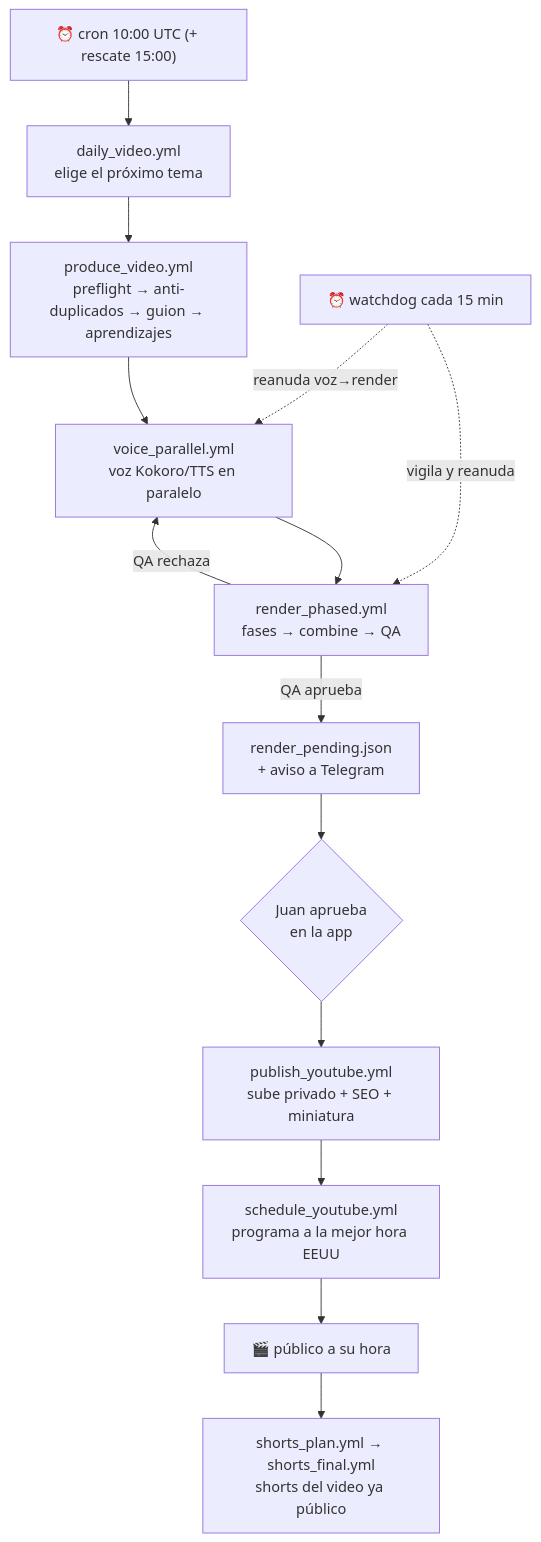
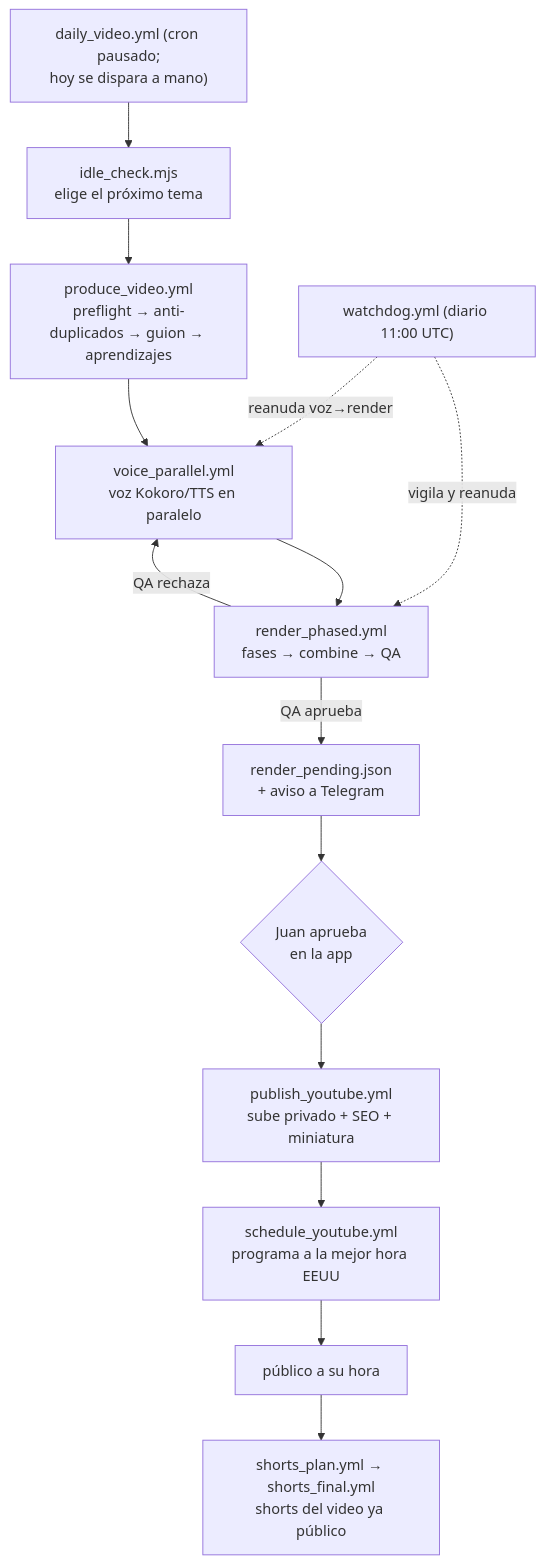
The diagram in docs/ARQUITECTURA.md (juanberrio0399/video-forge), drawn with Mermaid before and after one commit. The commit also changed other lines of this file and 25 other files, not shown here.

````diff
--- a/docs/ARQUITECTURA.md
+++ b/docs/ARQUITECTURA.md
@@ -17,16 +27,16 @@
 ```mermaid
 flowchart TD
-  cron["⏰ cron 10:00 UTC (+ rescate 15:00)"] --> daily[daily_video.yml<br/>elige el próximo tema]
+  cron["daily_video.yml (cron pausado;<br/>hoy se dispara a mano)"] --> daily[idle_check.mjs<br/>elige el próximo tema]
   daily --> prod[produce_video.yml<br/>preflight → anti-duplicados → guion → aprendizajes]
   prod --> voice[voice_parallel.yml<br/>voz Kokoro/TTS en paralelo]
   voice --> render[render_phased.yml<br/>fases → combine → QA]
   render -->|QA rechaza| voice
   render -->|QA aprueba| pend["render_pending.json<br/>+ aviso a Telegram"]
   pend --> app{Juan aprueba<br/>en la app}
   app --> pub[publish_youtube.yml<br/>sube privado + SEO + miniatura]
   pub --> sched[schedule_youtube.yml<br/>programa a la mejor hora EEUU]
-  sched --> live[🎬 público a su hora]
+  sched --> live[público a su hora]
   live --> sp[shorts_plan.yml → shorts_final.yml<br/>shorts del video ya público]
-  wd["⏰ watchdog cada 15 min"] -.vigila y reanuda.-> render
+  wd["watchdog.yml (diario 11:00 UTC)"] -.vigila y reanuda.-> render
   wd -.reanuda voz→render.-> voice
 ```
````
